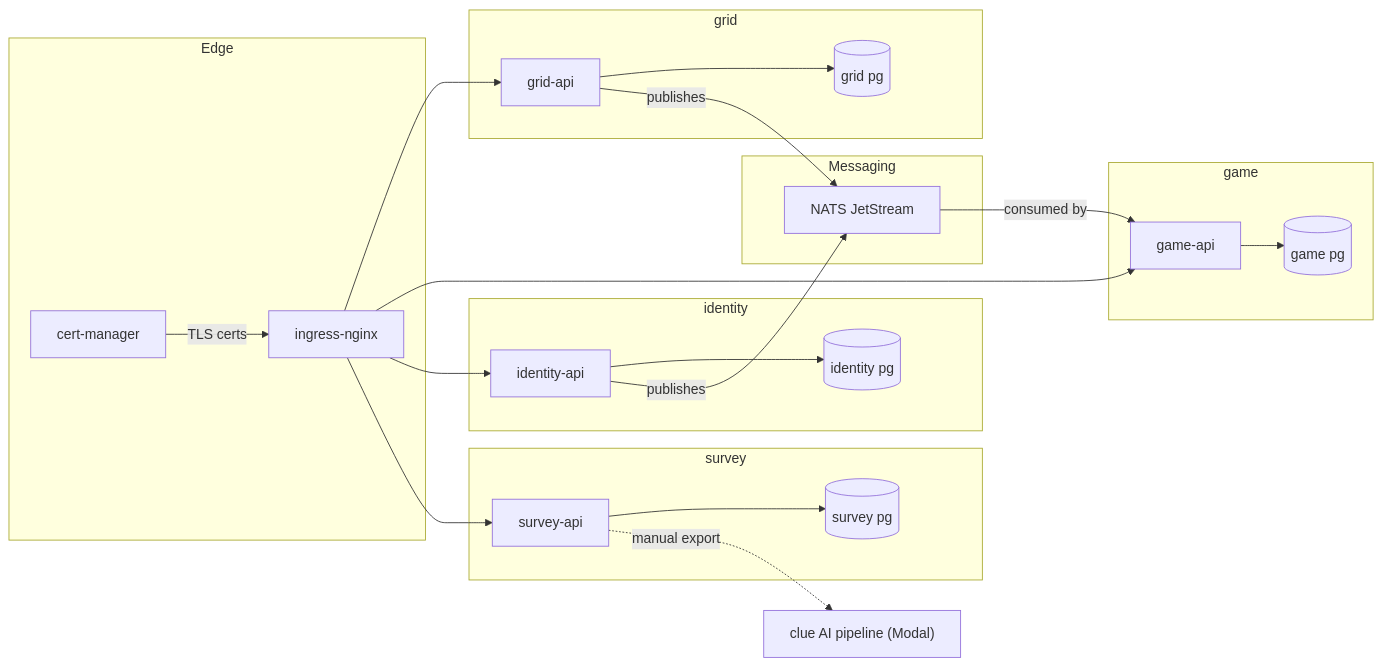
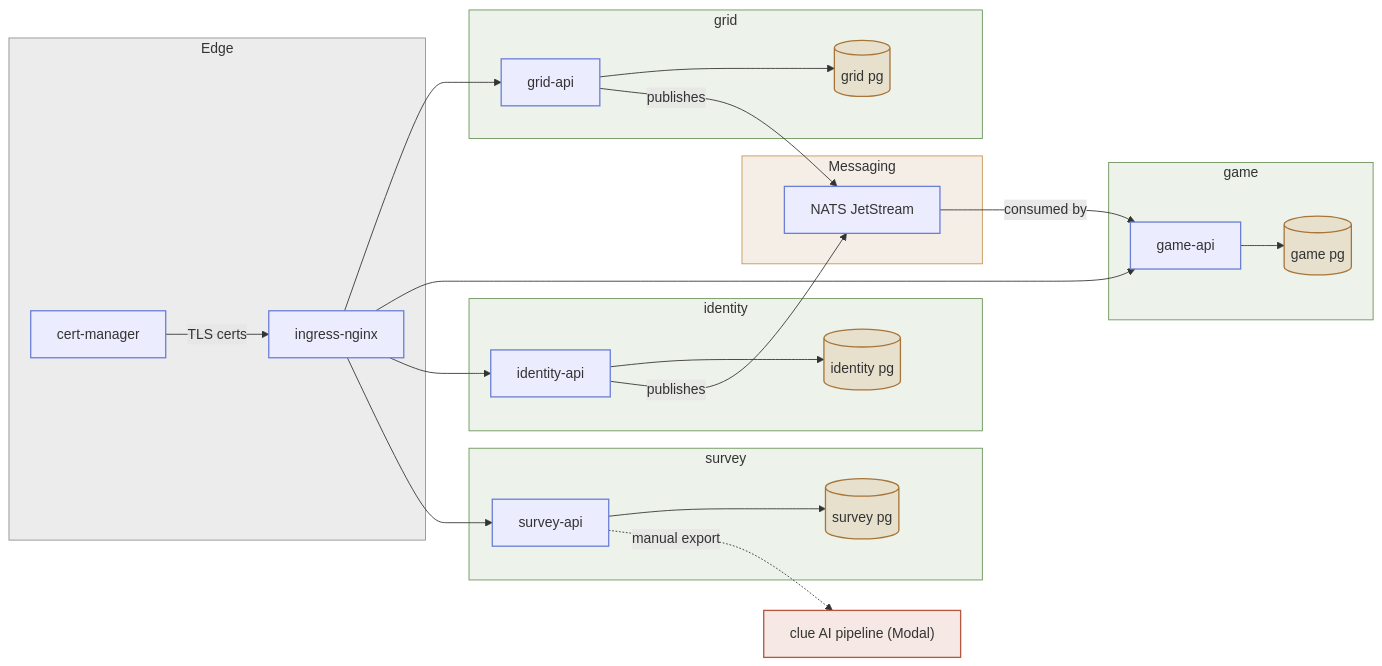
One commit to Ishou/wordsparrow changed the first of 5 diagrams in README.md. Above: the diagram before and after it, drawn with Mermaid. The commit also changed other lines of this file and 5 other files, not shown here.

First line of the commit message:
feat(infra-diagrams): brand-palette styling for README diagrams (#815)

````diff
--- a/README.md
+++ b/README.md
@@ -60,40 +60,51 @@
 ```mermaid
 flowchart LR
   subgraph Edge
     ingress["ingress-nginx"]
     certmanager["cert-manager"]
   end
   subgraph Messaging
     nats["NATS JetStream"]
   end
   subgraph ctx_grid["grid"]
     grid["grid-api"]
     gridDB[("grid pg")]
     grid --> gridDB
   end
   subgraph ctx_game["game"]
     game["game-api"]
     gameDB[("game pg")]
     game --> gameDB
   end
   subgraph ctx_identity["identity"]
     identity["identity-api"]
     identityDB[("identity pg")]
     identity --> identityDB
   end
   subgraph ctx_survey["survey"]
     survey["survey-api"]
     surveyDB[("survey pg")]
     survey --> surveyDB
   end
   cluepipeline["clue AI pipeline (Modal)"]
   certmanager -->|TLS certs| ingress
   ingress --> grid
   ingress --> game
   ingress --> identity
   ingress --> survey
   grid -->|publishes| nats
   identity -->|publishes| nats
   nats -->|consumed by| game
   survey -. manual export .-> cluepipeline
+  classDef data fill:#c8945633,stroke:#a87538;
+  classDef external fill:#b8554022,stroke:#b85540;
+  class gridDB,gameDB,identityDB,surveyDB data;
+  class cluepipeline external;
+  style Edge fill:#5a655a1f,stroke:#8b9488;
+  style Messaging fill:#a875381f,stroke:#c89456;
+  style ctx_grid fill:#6a93581f,stroke:#6a9358;
+  style ctx_game fill:#6a93581f,stroke:#6a9358;
+  style ctx_identity fill:#6a93581f,stroke:#6a9358;
+  style ctx_survey fill:#6a93581f,stroke:#6a9358;
+  classDef default stroke:#6b7fd7,stroke-width:1.5px;
 ```
````
